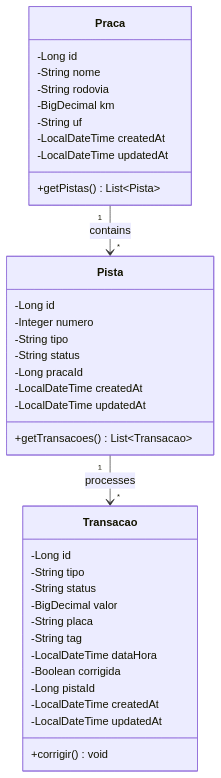
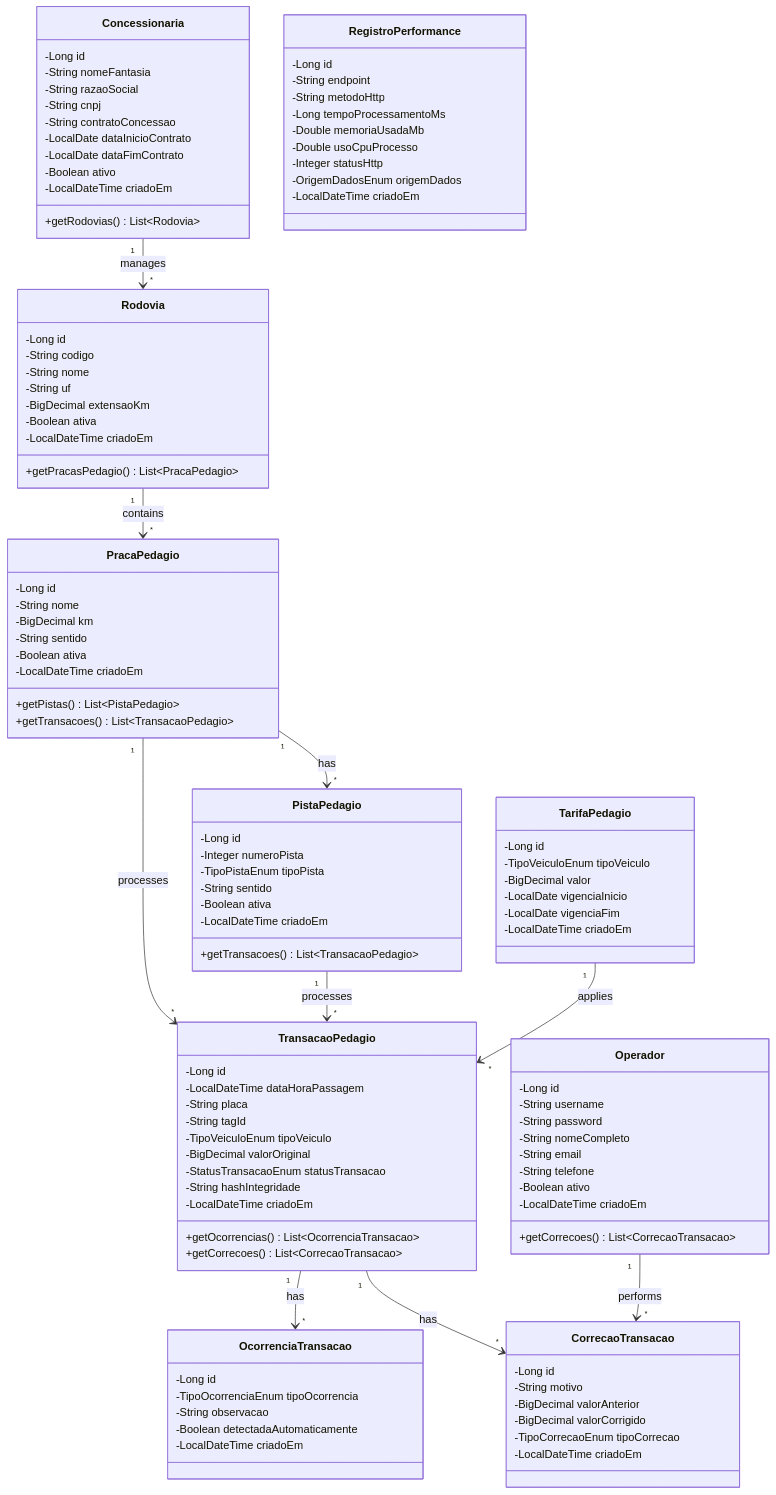
The fifth of 7 diagrams in docs/uml-diagrams.md (heloan/smart-toll-cache-system), drawn with Mermaid before and after one commit. The commit also changed other lines of this file and 175 other files, not shown here.

````diff
--- a/docs/uml-diagrams.md
+++ b/docs/uml-diagrams.md
@@ -139,42 +146,121 @@
 ```mermaid
 classDiagram
-    class Praca {
+    class Concessionaria {
+        -Long id
+        -String nomeFantasia
+        -String razaoSocial
+        -String cnpj
+        -String contratoConcessao
+        -LocalDate dataInicioContrato
+        -LocalDate dataFimContrato
+        -Boolean ativo
+        -LocalDateTime criadoEm
+        +getRodovias() List~Rodovia~
+    }
+
+    class Rodovia {
+        -Long id
+        -String codigo
+        -String nome
+        -String uf
+        -BigDecimal extensaoKm
+        -Boolean ativa
+        -LocalDateTime criadoEm
+        +getPracasPedagio() List~PracaPedagio~
+    }
+
+    class PracaPedagio {
         -Long id
         -String nome
-        -String rodovia
         -BigDecimal km
-        -String uf
-        -LocalDateTime createdAt
-        -LocalDateTime updatedAt
-        +getPistas() List~Pista~
+        -String sentido
+        -Boolean ativa
+        -LocalDateTime criadoEm
+        +getPistas() List~PistaPedagio~
+        +getTransacoes() List~TransacaoPedagio~
     }
 
-    class Pista {
+    class PistaPedagio {
         -Long id
-        -Integer numero
-        -String tipo
-        -String status
-        -Long pracaId
-        -LocalDateTime createdAt
-        -LocalDateTime updatedAt
-        +getTransacoes() List~Transacao~
+        -Integer numeroPista
+        -TipoPistaEnum tipoPista
+        -String sentido
+        -Boolean ativa
+        -LocalDateTime criadoEm
+        +getTransacoes() List~TransacaoPedagio~
     }
 
-    class Transacao {
+    class TarifaPedagio {
         -Long id
-        -String tipo
-        -String status
+        -TipoVeiculoEnum tipoVeiculo
         -BigDecimal valor
-        -String placa
-        -String tag
-        -LocalDateTime dataHora
-        -Boolean corrigida
-        -Long pistaId
-        -LocalDateTime createdAt
-        -LocalDateTime updatedAt
-        +corrigir() void
+        -LocalDate vigenciaInicio
+        -LocalDate vigenciaFim
+        -LocalDateTime criadoEm
     }
 
-    Praca "1" --> "*" Pista : contains
-    Pista "1" --> "*" Transacao : processes
+    class TransacaoPedagio {
+        -Long id
+        -LocalDateTime dataHoraPassagem
+        -String placa
+        -String tagId
+        -TipoVeiculoEnum tipoVeiculo
+        -BigDecimal valorOriginal
+        -StatusTransacaoEnum statusTransacao
+        -String hashIntegridade
+        -LocalDateTime criadoEm
+        +getOcorrencias() List~OcorrenciaTransacao~
+        +getCorrecoes() List~CorrecaoTransacao~
+    }
+
+    class OcorrenciaTransacao {
+        -Long id
+        -TipoOcorrenciaEnum tipoOcorrencia
+        -String observacao
+        -Boolean detectadaAutomaticamente
+        -LocalDateTime criadoEm
+    }
+
+    class CorrecaoTransacao {
+        -Long id
+        -String motivo
+        -BigDecimal valorAnterior
+        -BigDecimal valorCorrigido
+        -TipoCorrecaoEnum tipoCorrecao
+        -LocalDateTime criadoEm
+    }
+
+    class Operador {
+        -Long id
+        -String username
+        -String password
+        -String nomeCompleto
+        -String email
+        -String telefone
+        -Boolean ativo
+        -LocalDateTime criadoEm
+        +getCorrecoes() List~CorrecaoTransacao~
+    }
+
+    class RegistroPerformance {
+        -Long id
+        -String endpoint
+        -String metodoHttp
+        -Long tempoProcessamentoMs
+        -Double memoriaUsadaMb
+        -Double usoCpuProcesso
+        -Integer statusHttp
+        -OrigemDadosEnum origemDados
+        -LocalDateTime criadoEm
+    }
+
+    Concessionaria "1" --> "*" Rodovia : manages
+    Rodovia "1" --> "*" PracaPedagio : contains
+    PracaPedagio "1" --> "*" PistaPedagio : has
+    PracaPedagio "1" --> "*" TransacaoPedagio : processes
+    PistaPedagio "1" --> "*" TransacaoPedagio : processes
+    TarifaPedagio "1" --> "*" TransacaoPedagio : applies
+    TransacaoPedagio "1" --> "*" OcorrenciaTransacao : has
+    TransacaoPedagio "1" --> "*" CorrecaoTransacao : has
+    Operador "1" --> "*" CorrecaoTransacao : performs
 ```
````
